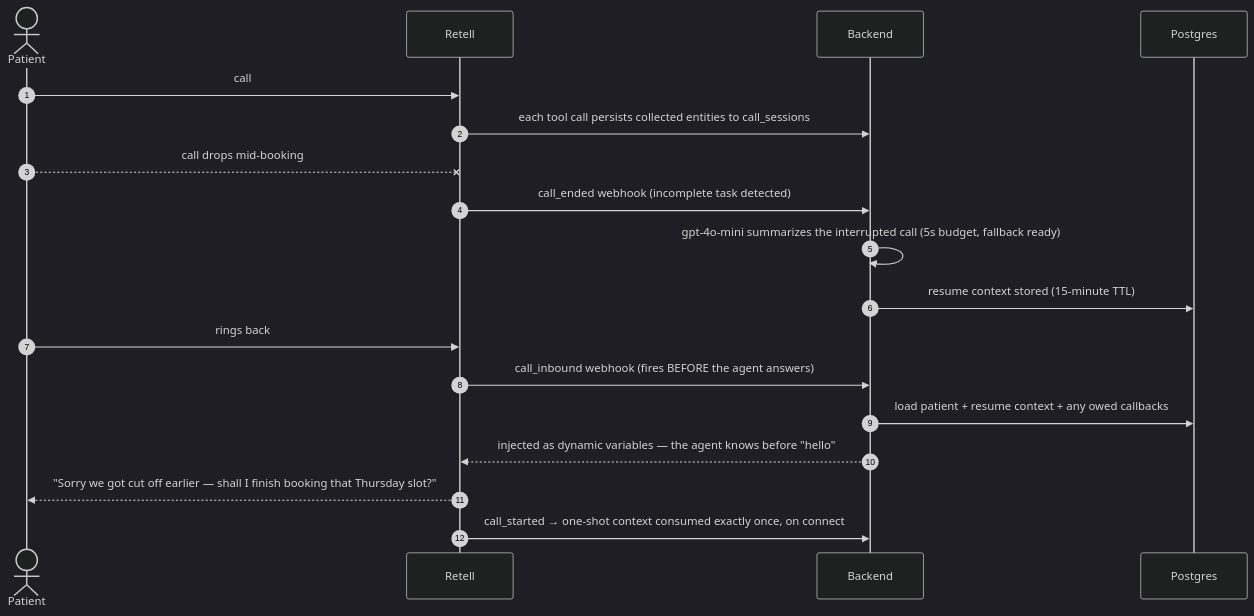
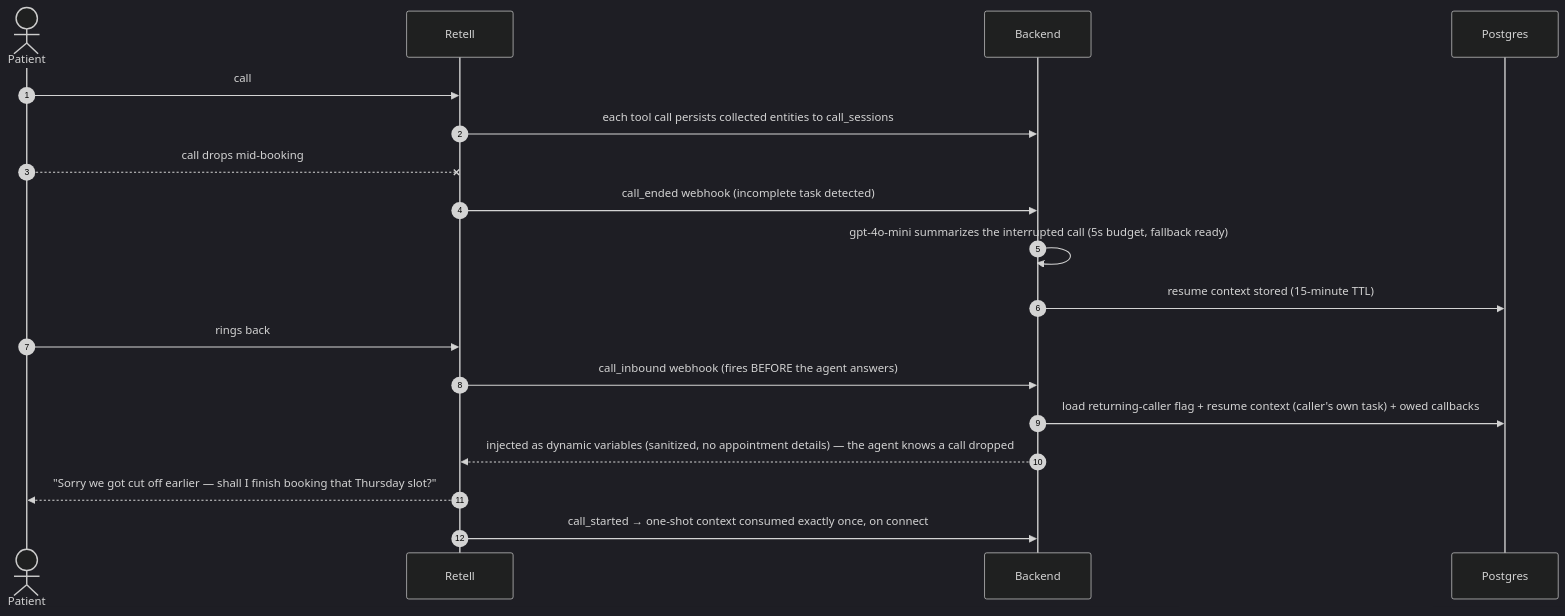
The third of 3 diagrams in README.md (amit-badave-04/clinic-voice-agent), drawn with Mermaid (dark theme) before and after one commit. The commit also changed other lines of this file and 27 other files, not shown here.

````diff
--- a/README.md
+++ b/README.md
@@ -156,21 +163,21 @@
 ```mermaid
 sequenceDiagram
     autonumber
     actor P as Patient
     participant R as Retell
     participant B as Backend
     participant DB as Postgres
 
     P->>R: call #1 — starts booking, gives name + day preference
     R->>B: each tool call persists collected entities to call_sessions
     P--xR: call drops mid-booking
     R->>B: call_ended webhook (incomplete task detected)
     B->>B: gpt-4o-mini summarizes the interrupted call (5s budget, fallback ready)
     B->>DB: resume context stored (15-minute TTL)
     P->>R: rings back
     R->>B: call_inbound webhook (fires BEFORE the agent answers)
-    B->>DB: load patient + resume context + any owed callbacks
-    B-->>R: injected as dynamic variables — the agent knows before "hello"
+    B->>DB: load returning-caller flag + resume context (caller's own task) + owed callbacks
+    B-->>R: injected as dynamic variables (sanitized, no appointment details) — the agent knows a call dropped
     R-->>P: "Sorry we got cut off earlier — shall I finish booking that Thursday slot?"
     R->>B: call_started → one-shot context consumed exactly once, on connect
 ```
````
